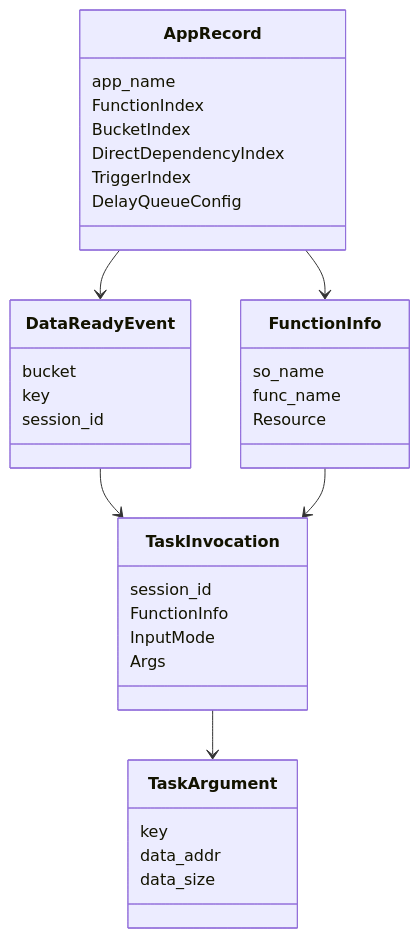
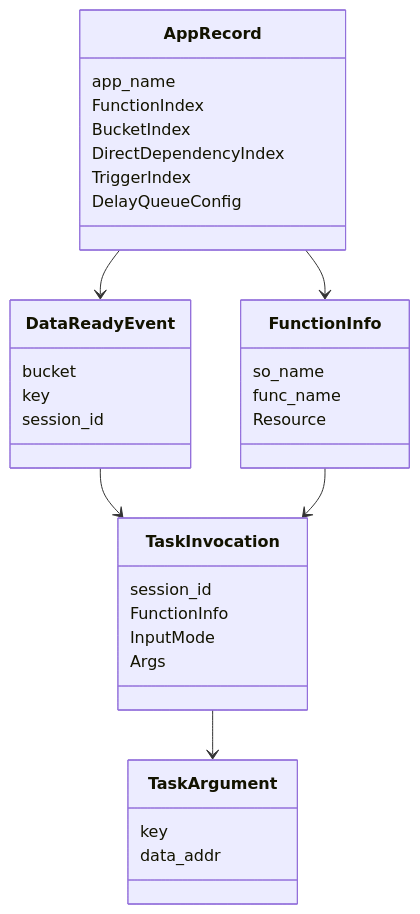
Before and after one commit to 10wvw01/Pheromone-mini: the diagram in docs/v0.6/appendix/D-数据结构与错误码.md, drawn with Mermaid. The commit also changed other lines of this file and 18 other files, not shown here.

```diff
--- a/docs/v0.6/appendix/D-数据结构与错误码.md
+++ b/docs/v0.6/appendix/D-数据结构与错误码.md
@@ -5,37 +5,36 @@
 ~~~mermaid
 classDiagram
     class AppRecord {
       app_name
       FunctionIndex
       BucketIndex
       DirectDependencyIndex
       TriggerIndex
       DelayQueueConfig
     }
     class FunctionInfo {
       so_name
       func_name
       Resource
     }
     class DataReadyEvent {
       bucket
       key
       session_id
     }
     class TaskArgument {
       key
       data_addr
-      data_size
     }
     class TaskInvocation {
       session_id
       FunctionInfo
       InputMode
       Args
     }
     AppRecord --> FunctionInfo
     AppRecord --> DataReadyEvent
     DataReadyEvent --> TaskInvocation
     FunctionInfo --> TaskInvocation
     TaskInvocation --> TaskArgument
 ~~~
```
